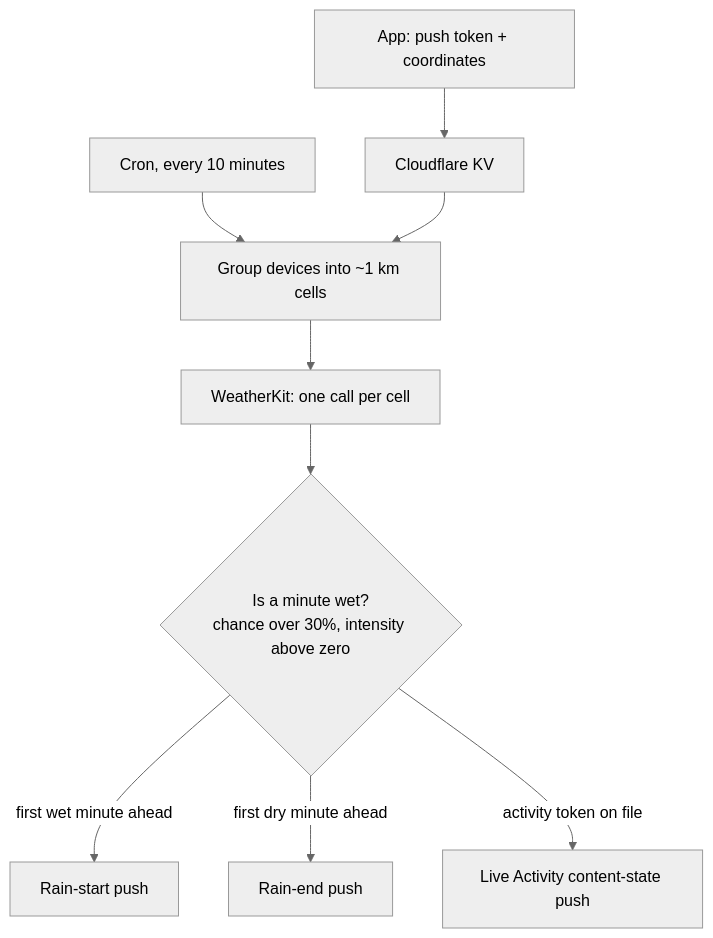
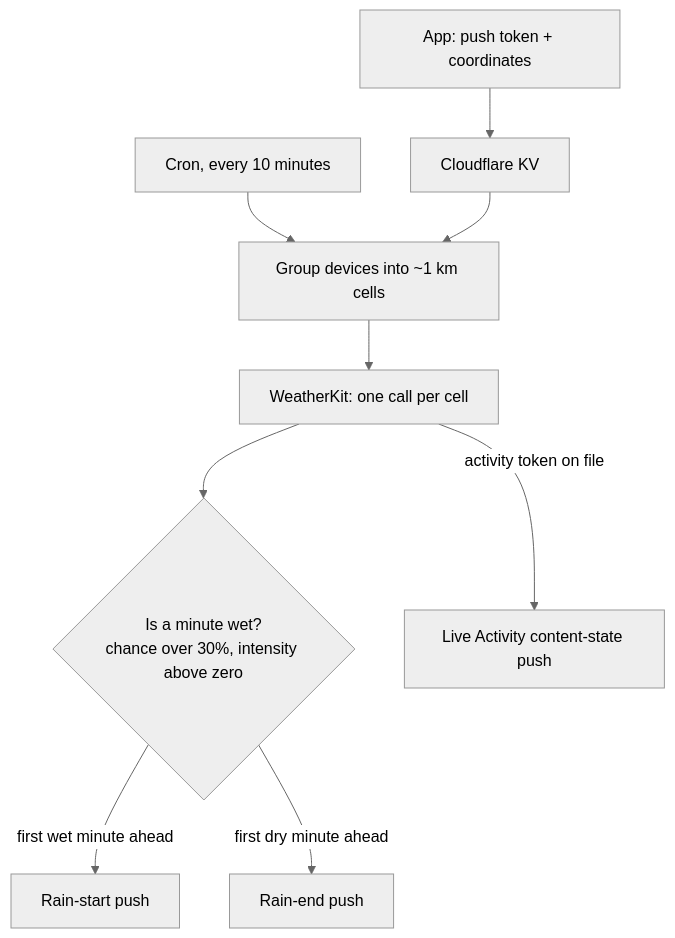
Before and after one commit to xu-albert/albertxu-com: the diagram in content/projects/gonna-rain.mdx, drawn with Mermaid (neutral theme). The commit also changed other lines of this file and 1 other file, not shown here.

Commit message:
no-mistakes(review): Fix mermaid edge, debug-picker caption/TK, Figure image attrs

````diff
--- a/content/projects/gonna-rain.mdx
+++ b/content/projects/gonna-rain.mdx
@@ -92,11 +94,11 @@
 ```mermaid
 graph TD
     A["App: push token + coordinates"] --> B["Cloudflare KV"]
     C["Cron, every 10 minutes"] --> D["Group devices into ~1 km cells"]
     B --> D
     D --> E["WeatherKit: one call per cell"]
     E --> F{"Is a minute wet?<br/>chance over 30%, intensity above zero"}
     F -->|"first wet minute ahead"| G["Rain-start push"]
     F -->|"first dry minute ahead"| H["Rain-end push"]
-    F -->|"activity token on file"| I["Live Activity content-state push"]
+    E -->|"activity token on file"| I["Live Activity content-state push"]
 ```
````
